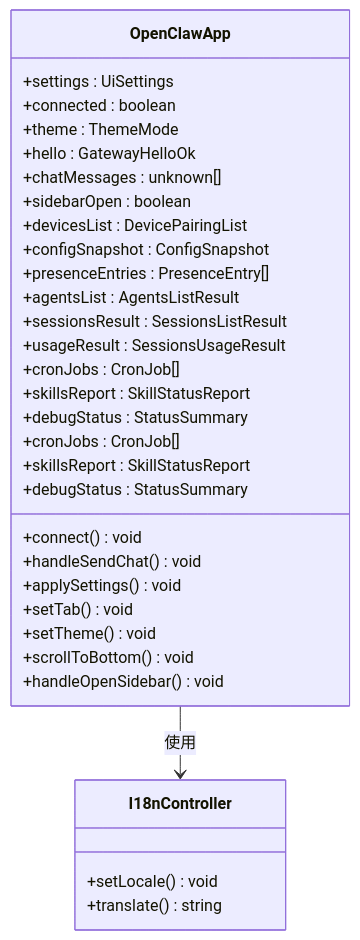
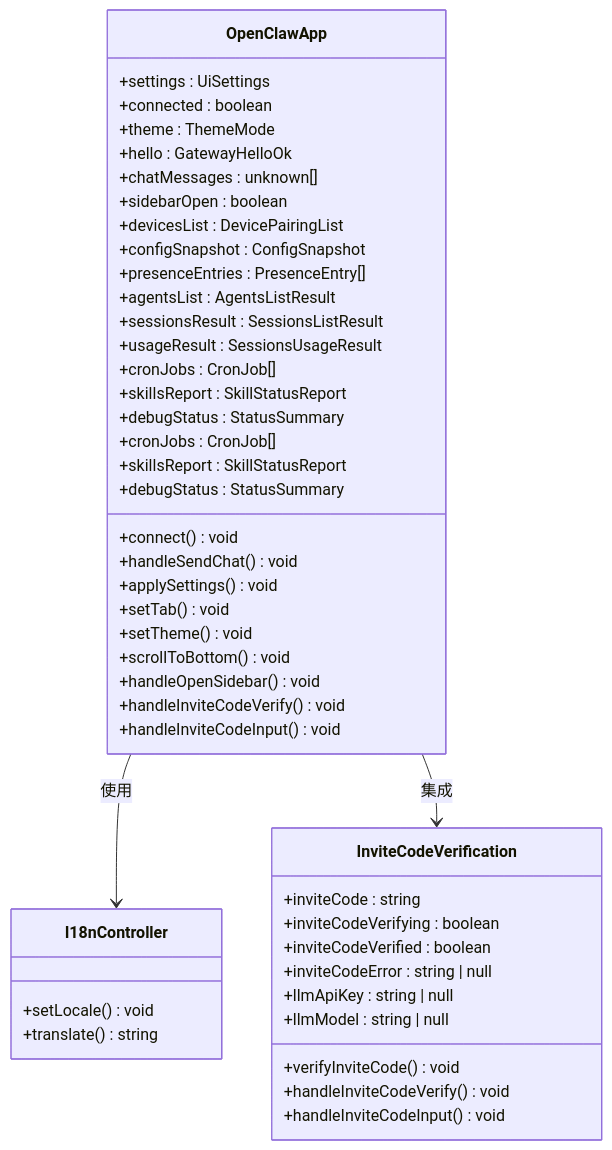
One commit to verse-ai-org/openclaw changed the second of 32 diagrams in .qoder/repowiki/zh/content/Web界面/UI组件系统/UI组件系统.md. Above: the diagram before and after it, drawn with Mermaid. The commit also changed other lines of this file and 27 other files, not shown here.

````diff
--- a/.qoder/repowiki/zh/content/Web界面/UI组件系统/UI组件系统.md
+++ b/.qoder/repowiki/zh/content/Web界面/UI组件系统/UI组件系统.md
@@ -138,35 +163,49 @@
 ```mermaid
 classDiagram
 class OpenClawApp {
 +settings : UiSettings
 +connected : boolean
 +theme : ThemeMode
 +hello : GatewayHelloOk
 +chatMessages : unknown[]
 +sidebarOpen : boolean
 +devicesList : DevicePairingList
 +configSnapshot : ConfigSnapshot
 +presenceEntries : PresenceEntry[]
 +agentsList : AgentsListResult
 +sessionsResult : SessionsListResult
 +usageResult : SessionsUsageResult
 +cronJobs : CronJob[]
 +skillsReport : SkillStatusReport
 +debugStatus : StatusSummary
 +cronJobs : CronJob[]
 +skillsReport : SkillStatusReport
 +debugStatus : StatusSummary
 +connect() void
 +handleSendChat() void
 +applySettings() void
 +setTab() void
 +setTheme() void
 +scrollToBottom() void
 +handleOpenSidebar() void
++handleInviteCodeVerify() void
++handleInviteCodeInput() void
 }
 class I18nController {
 +setLocale() void
 +translate() string
 }
+class InviteCodeVerification {
++inviteCode : string
++inviteCodeVerifying : boolean
++inviteCodeVerified : boolean
++inviteCodeError : string | null
++llmApiKey : string | null
++llmModel : string | null
++verifyInviteCode() void
++handleInviteCodeVerify() void
++handleInviteCodeInput() void
+}
 OpenClawApp --> I18nController : 使用
+OpenClawApp --> InviteCodeVerification : 集成
 ```
````
